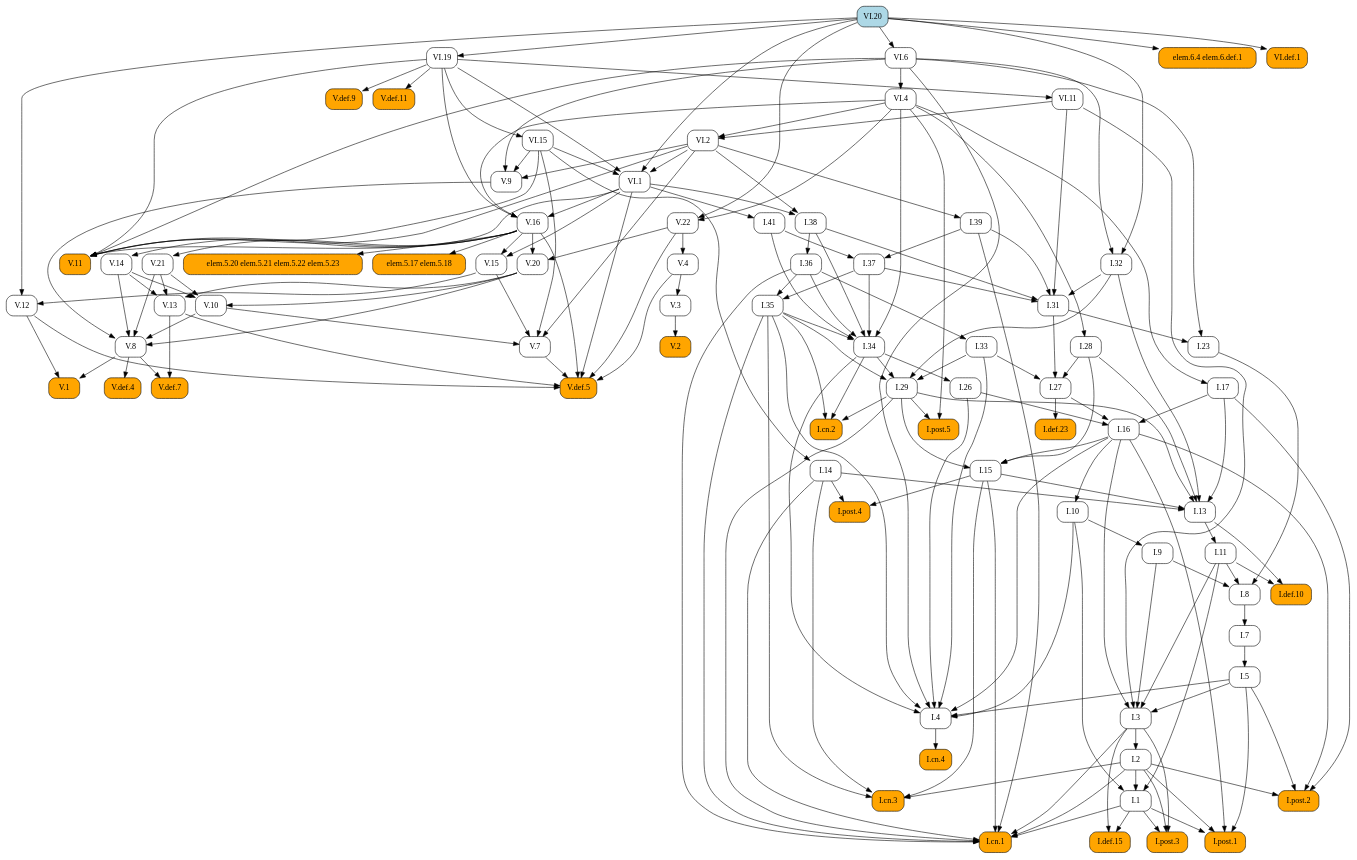
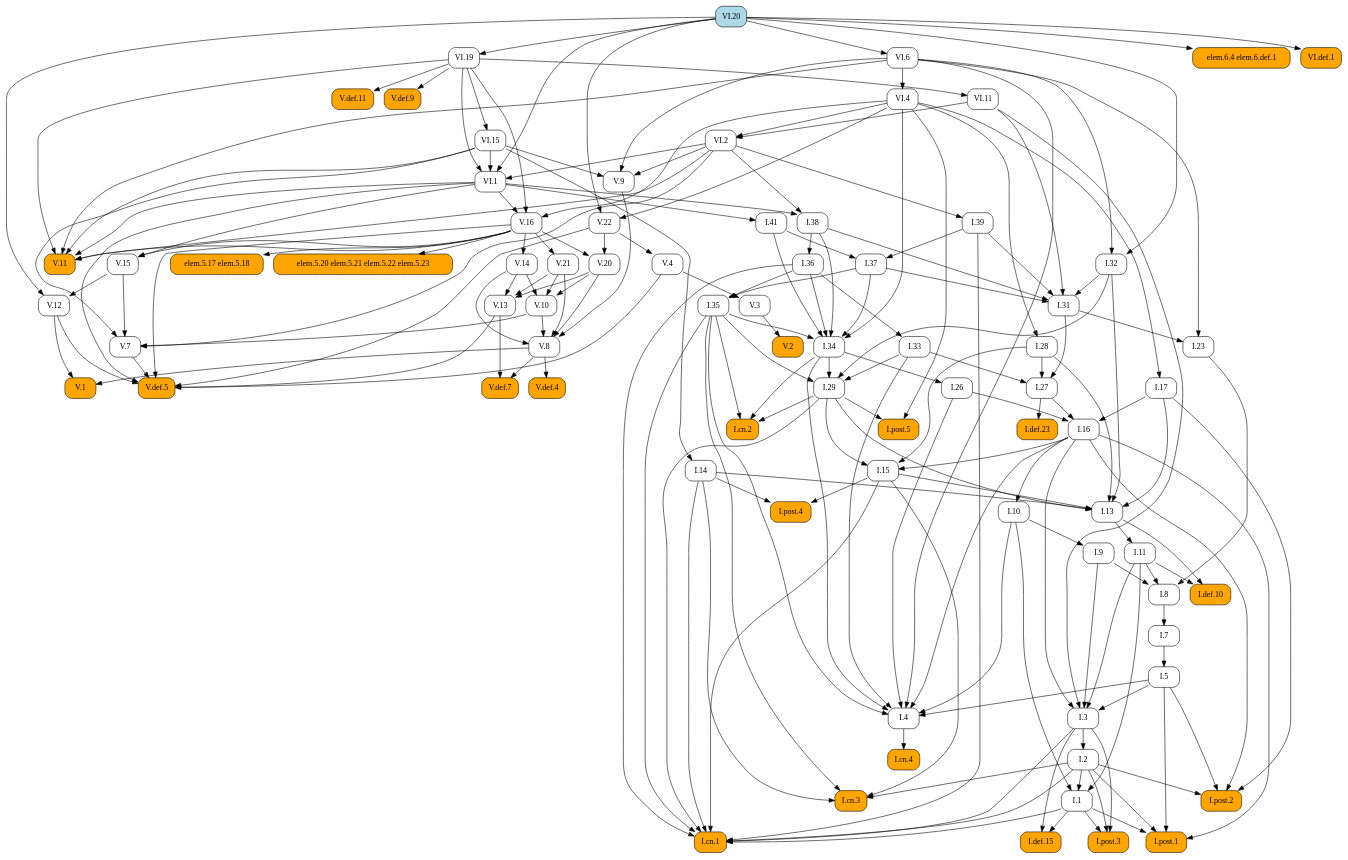
One commit to geometor/elements changed the diagram in docsrc/elements2/VI/20/index.rst. Above: the diagram before and after it, drawn with Graphviz. The commit also changed other lines of this file and 171 other files, not shown here.

```diff
--- a/docsrc/elements2/VI/20/index.rst
+++ b/docsrc/elements2/VI/20/index.rst
@@ -163,173 +163,90 @@
    digraph {
      rankdir="TB";
      node [shape=box, style=rounded];
+     "V.20" [URL="/elements2/V/20/", target="_top"];
+     "I.8" [URL="/elements2/I/8/", target="_top"];
+     "VI.19" [URL="/elements2/VI/19/", target="_top"];
+     "VI.15" [URL="/elements2/VI/15/", target="_top"];
+     "I.36" [URL="/elements2/I/36/", target="_top"];
+     "V.def.5" [style="rounded,filled", fillcolor=orange, URL="/elements2/V/def.5/", target="_top"];
+     "I.38" [URL="/elements2/I/38/", target="_top"];
+     "I.post.5" [style="rounded,filled", fillcolor=orange, URL="/elements2/I/post.5/", target="_top"];
+     "I.def.10" [style="rounded,filled", fillcolor=orange, URL="/elements2/I/def.10/", target="_top"];
+     "I.cn.2" [style="rounded,filled", fillcolor=orange, URL="/elements2/I/cn.2/", target="_top"];
+     "VI.11" [URL="/elements2/VI/11/", target="_top"];
+     "V.4" [URL="/elements2/V/4/", target="_top"];
+     "elem.6.4 elem.6.def.1" [style="rounded,filled", fillcolor=orange];
+     "VI.20" [style="rounded,filled", fillcolor=lightblue, URL="/elements2/VI/20/", target="_top"];
+     "I.31" [URL="/elements2/I/31/", target="_top"];
+     "I.post.2" [style="rounded,filled", fillcolor=orange, URL="/elements2/I/post.2/", target="_top"];
+     "I.def.23" [style="rounded,filled", fillcolor=orange, URL="/elements2/I/def.23/", target="_top"];
+     "I.26" [URL="/elements2/I/26/", target="_top"];
+     "V.3" [URL="/elements2/V/3/", target="_top"];
+     "I.cn.3" [style="rounded,filled", fillcolor=orange, URL="/elements2/I/cn.3/", target="_top"];
+     "V.2" [style="rounded,filled", fillcolor=orange, URL="/elements2/V/2/", target="_top"];
+     "V.12" [URL="/elements2/V/12/", target="_top"];
+     "V.22" [URL="/elements2/V/22/", target="_top"];
+     "I.41" [URL="/elements2/I/41/", target="_top"];
+     "I.35" [URL="/elements2/I/35/", target="_top"];
+     "I.28" [URL="/elements2/I/28/", target="_top"];
+     "I.27" [URL="/elements2/I/27/", target="_top"];
+     "I.4" [URL="/elements2/I/4/", target="_top"];
+     "V.8" [URL="/elements2/V/8/", target="_top"];
+     "VI.2" [URL="/elements2/VI/2/", target="_top"];
+     "I.39" [URL="/elements2/I/39/", target="_top"];
+     "I.15" [URL="/elements2/I/15/", target="_top"];
+     "V.def.11" [style="rounded,filled", fillcolor=orange, URL="/elements2/V/def.11/", target="_top"];
+     "I.34" [URL="/elements2/I/34/", target="_top"];
+     "I.post.3" [style="rounded,filled", fillcolor=orange, URL="/elements2/I/post.3/", target="_top"];
+     "I.32" [URL="/elements2/I/32/", target="_top"];
+     "V.def.4" [style="rounded,filled", fillcolor=orange, URL="/elements2/V/def.4/", target="_top"];
+     "I.14" [URL="/elements2/I/14/", target="_top"];
+     "I.post.1" [style="rounded,filled", fillcolor=orange, URL="/elements2/I/post.1/", target="_top"];
+     "I.33" [URL="/elements2/I/33/", target="_top"];
+     "I.5" [URL="/elements2/I/5/", target="_top"];
      "elem.5.17 elem.5.18" [style="rounded,filled", fillcolor=orange];
+     "VI.1" [URL="/elements2/VI/1/", target="_top"];
+     "V.11" [style="rounded,filled", fillcolor=orange, URL="/elements2/V/11/", target="_top"];
+     "V.13" [URL="/elements2/V/13/", target="_top"];
+     "V.9" [URL="/elements2/V/9/", target="_top"];
+     "V.16" [URL="/elements2/V/16/", target="_top"];
+     "I.def.15" [style="rounded,filled", fillcolor=orange, URL="/elements2/I/def.15/", target="_top"];
+     "V.15" [URL="/elements2/V/15/", target="_top"];
+     "I.11" [URL="/elements2/I/11/", target="_top"];
+     "I.3" [URL="/elements2/I/3/", target="_top"];
+     "V.14" [URL="/elements2/V/14/", target="_top"];
+     "VI.4" [URL="/elements2/VI/4/", target="_top"];
+     "V.10" [URL="/elements2/V/10/", target="_top"];
+     "I.1" [URL="/elements2/I/1/", target="_top"];
+     "I.cn.4" [style="rounded,filled", fillcolor=orange, URL="/elements2/I/cn.4/", target="_top"];
+     "I.23" [URL="/elements2/I/23/", target="_top"];
+     "I.7" [URL="/elements2/I/7/", target="_top"];
+     "I.17" [URL="/elements2/I/17/", target="_top"];
+     "I.9" [URL="/elements2/I/9/", target="_top"];
+     "V.def.9" [style="rounded,filled", fillcolor=orange, URL="/elements2/V/def.9/", target="_top"];
+     "V.1" [style="rounded,filled", fillcolor=orange, URL="/elements2/V/1/", target="_top"];
+     "I.cn.1" [style="rounded,filled", fillcolor=orange, URL="/elements2/I/cn.1/", target="_top"];
+     "I.29" [URL="/elements2/I/29/", target="_top"];
+     "I.16" [URL="/elements2/I/16/", target="_top"];
      "V.7" [URL="/elements2/V/7/", target="_top"];
-     "I.32" [URL="/elements2/I/32/", target="_top"];
-     "elem.6.4 elem.6.def.1" [style="rounded,filled", fillcolor=orange];
-     "VI.4" [URL="/elements2/VI/4/", target="_top"];
-     "I.cn.4" [style="rounded,filled", fillcolor=orange, URL="/elements2/I/cn.4/", target="_top"];
-     "I.post.3" [style="rounded,filled", fillcolor=orange, URL="/elements2/I/post.3/", target="_top"];
-     "V.22" [URL="/elements2/V/22/", target="_top"];
+     "I.13" [URL="/elements2/I/13/", target="_top"];
+     "V.21" [URL="/elements2/V/21/", target="_top"];
+     "elem.5.20 elem.5.21 elem.5.22 elem.5.23" [style="rounded,filled", fillcolor=orange];
+     "I.post.4" [style="rounded,filled", fillcolor=orange, URL="/elements2/I/post.4/", target="_top"];
+     "VI.def.1" [style="rounded,filled", fillcolor=orange, URL="/elements2/VI/def.1/", target="_top"];
+     "I.2" [URL="/elements2/I/2/", target="_top"];
+     "I.37" [URL="/elements2/I/37/", target="_top"];
+     "I.10" [URL="/elements2/I/10/", target="_top"];
      "V.def.7" [style="rounded,filled", fillcolor=orange, URL="/elements2/V/def.7/", target="_top"];
-     "I.41" [URL="/elements2/I/41/", target="_top"];
-     "VI.11" [URL="/elements2/VI/11/", target="_top"];
-     "I.27" [URL="/elements2/I/27/", target="_top"];
-     "VI.15" [URL="/elements2/VI/15/", target="_top"];
-     "I.post.2" [style="rounded,filled", fillcolor=orange, URL="/elements2/I/post.2/", target="_top"];
-     "I.13" [URL="/elements2/I/13/", target="_top"];
-     "I.10" [URL="/elements2/I/10/", target="_top"];
-     "I.post.1" [style="rounded,filled", fillcolor=orange, URL="/elements2/I/post.1/", target="_top"];
-     "I.7" [URL="/elements2/I/7/", target="_top"];
-     "VI.def.1" [style="rounded,filled", fillcolor=orange, URL="/elements2/VI/def.1/", target="_top"];
-     "V.13" [URL="/elements2/V/13/", target="_top"];
-     "V.1" [style="rounded,filled", fillcolor=orange, URL="/elements2/V/1/", target="_top"];
-     "V.16" [URL="/elements2/V/16/", target="_top"];
-     "elem.5.20 elem.5.21 elem.5.22 elem.5.23" [style="rounded,filled", fillcolor=orange];
-     "I.9" [URL="/elements2/I/9/", target="_top"];
-     "I.38" [URL="/elements2/I/38/", target="_top"];
-     "I.8" [URL="/elements2/I/8/", target="_top"];
-     "I.23" [URL="/elements2/I/23/", target="_top"];
-     "I.15" [URL="/elements2/I/15/", target="_top"];
-     "I.26" [URL="/elements2/I/26/", target="_top"];
-     "V.4" [URL="/elements2/V/4/", target="_top"];
-     "VI.1" [URL="/elements2/VI/1/", target="_top"];
-     "VI.19" [URL="/elements2/VI/19/", target="_top"];
-     "I.1" [URL="/elements2/I/1/", target="_top"];
-     "I.3" [URL="/elements2/I/3/", target="_top"];
-     "I.cn.3" [style="rounded,filled", fillcolor=orange, URL="/elements2/I/cn.3/", target="_top"];
-     "VI.20" [style="rounded,filled", fillcolor=lightblue, URL="/elements2/VI/20/", target="_top"];
-     "I.17" [URL="/elements2/I/17/", target="_top"];
      "VI.6" [URL="/elements2/VI/6/", target="_top"];
-     "I.37" [URL="/elements2/I/37/", target="_top"];
-     "I.def.10" [style="rounded,filled", fillcolor=orange, URL="/elements2/I/def.10/", target="_top"];
-     "I.34" [URL="/elements2/I/34/", target="_top"];
-     "V.def.5" [style="rounded,filled", fillcolor=orange, URL="/elements2/V/def.5/", target="_top"];
-     "I.def.15" [style="rounded,filled", fillcolor=orange, URL="/elements2/I/def.15/", target="_top"];
-     "I.28" [URL="/elements2/I/28/", target="_top"];
-     "I.36" [URL="/elements2/I/36/", target="_top"];
-     "V.10" [URL="/elements2/V/10/", target="_top"];
-     "V.15" [URL="/elements2/V/15/", target="_top"];
-     "V.14" [URL="/elements2/V/14/", target="_top"];
-     "I.14" [URL="/elements2/I/14/", target="_top"];
-     "I.11" [URL="/elements2/I/11/", target="_top"];
-     "I.4" [URL="/elements2/I/4/", target="_top"];
-     "I.16" [URL="/elements2/I/16/", target="_top"];
-     "V.21" [URL="/elements2/V/21/", target="_top"];
-     "I.def.23" [style="rounded,filled", fillcolor=orange, URL="/elements2/I/def.23/", target="_top"];
-     "I.2" [URL="/elements2/I/2/", target="_top"];
-     "I.cn.2" [style="rounded,filled", fillcolor=orange, URL="/elements2/I/cn.2/", target="_top"];
-     "I.post.5" [style="rounded,filled", fillcolor=orange, URL="/elements2/I/post.5/", target="_top"];
-     "V.3" [URL="/elements2/V/3/", target="_top"];
-     "VI.2" [URL="/elements2/VI/2/", target="_top"];
-     "V.def.4" [style="rounded,filled", fillcolor=orange, URL="/elements2/V/def.4/", target="_top"];
-     "I.35" [URL="/elements2/I/35/", target="_top"];
-     "V.def.9" [style="rounded,filled", fillcolor=orange, URL="/elements2/V/def.9/", target="_top"];
-     "V.def.11" [style="rounded,filled", fillcolor=orange, URL="/elements2/V/def.11/", target="_top"];
-     "V.11" [style="rounded,filled", fillcolor=orange, URL="/elements2/V/11/", target="_top"];
-     "V.12" [URL="/elements2/V/12/", target="_top"];
-     "V.2" [style="rounded,filled", fillcolor=orange, URL="/elements2/V/2/", target="_top"];
-     "I.31" [URL="/elements2/I/31/", target="_top"];
-     "I.33" [URL="/elements2/I/33/", target="_top"];
-     "I.post.4" [style="rounded,filled", fillcolor=orange, URL="/elements2/I/post.4/", target="_top"];
-     "I.39" [URL="/elements2/I/39/", target="_top"];
-     "I.cn.1" [style="rounded,filled", fillcolor=orange, URL="/elements2/I/cn.1/", target="_top"];
-     "V.9" [URL="/elements2/V/9/", target="_top"];
-     "I.29" [URL="/elements2/I/29/", target="_top"];
-     "I.5" [URL="/elements2/I/5/", target="_top"];
-     "V.8" [URL="/elements2/V/8/", target="_top"];
-     "V.20" [URL="/elements2/V/20/", target="_top"];
-     "V.16" -> "elem.5.17 elem.5.18";
-     "V.10" -> "V.7";
-     "V.15" -> "V.7";
-     "VI.2" -> "V.7";
-     "VI.15" -> "V.7";
-     "VI.6" -> "I.32";
-     "VI.20" -> "I.32";
-     "VI.20" -> "elem.6.4 elem.6.def.1";
-     "VI.6" -> "VI.4";
-     "I.4" -> "I.cn.4";
-     "I.1" -> "I.post.3";
-     "I.2" -> "I.post.3";
-     "I.3" -> "I.post.3";
-     "VI.4" -> "V.22";
-     "VI.20" -> "V.22";
-     "V.8" -> "V.def.7";
-     "V.13" -> "V.def.7";
-     "VI.1" -> "I.41";
-     "VI.19" -> "VI.11";
-     "I.28" -> "I.27";
-     "I.31" -> "I.27";
-     "I.33" -> "I.27";
-     "VI.19" -> "VI.15";
-     "I.2" -> "I.post.2";
-     "I.5" -> "I.post.2";
-     "I.16" -> "I.post.2";
-     "I.17" -> "I.post.2";
-     "I.14" -> "I.13";
-     "I.15" -> "I.13";
-     "I.17" -> "I.13";
-     "I.28" -> "I.13";
-     "I.29" -> "I.13";
-     "I.32" -> "I.13";
-     "I.16" -> "I.10";
-     "I.1" -> "I.post.1";
-     "I.2" -> "I.post.1";
-     "I.5" -> "I.post.1";
-     "I.16" -> "I.post.1";
-     "I.8" -> "I.7";
-     "VI.20" -> "VI.def.1";
-     "V.14" -> "V.13";
-     "V.20" -> "V.13";
-     "V.21" -> "V.13";
-     "V.8" -> "V.1";
-     "V.12" -> "V.1";
-     "VI.1" -> "V.16";
-     "VI.4" -> "V.16";
-     "VI.19" -> "V.16";
-     "V.16" -> "elem.5.20 elem.5.21 elem.5.22 elem.5.23";
-     "I.10" -> "I.9";
-     "VI.1" -> "I.38";
-     "VI.2" -> "I.38";
+     "V.16" -> "V.20";
+     "V.22" -> "V.20";
      "I.9" -> "I.8";
      "I.11" -> "I.8";
      "I.23" -> "I.8";
-     "I.31" -> "I.23";
-     "VI.6" -> "I.23";
-     "I.16" -> "I.15";
-     "I.28" -> "I.15";
-     "I.29" -> "I.15";
-     "I.34" -> "I.26";
-     "V.22" -> "V.4";
-     "VI.2" -> "VI.1";
-     "VI.15" -> "VI.1";
-     "VI.19" -> "VI.1";
-     "VI.20" -> "VI.1";
      "VI.20" -> "VI.19";
-     "I.2" -> "I.1";
-     "I.10" -> "I.1";
-     "I.11" -> "I.1";
-     "I.5" -> "I.3";
-     "I.9" -> "I.3";
-     "I.11" -> "I.3";
-     "I.16" -> "I.3";
-     "VI.11" -> "I.3";
-     "I.2" -> "I.cn.3";
-     "I.14" -> "I.cn.3";
-     "I.15" -> "I.cn.3";
-     "I.35" -> "I.cn.3";
-     "VI.4" -> "I.17";
-     "VI.20" -> "VI.6";
-     "I.39" -> "I.37";
-     "I.41" -> "I.37";
-     "I.11" -> "I.def.10";
-     "I.13" -> "I.def.10";
-     "I.35" -> "I.34";
-     "I.36" -> "I.34";
-     "I.37" -> "I.34";
-     "I.38" -> "I.34";
-     "I.41" -> "I.34";
-     "VI.4" -> "I.34";
+     "VI.19" -> "VI.15";
+     "I.38" -> "I.36";
      "V.4" -> "V.def.5";
      "V.7" -> "V.def.5";
      "V.12" -> "V.def.5";
@@ -337,18 +254,46 @@
      "V.16" -> "V.def.5";
      "V.22" -> "V.def.5";
      "VI.1" -> "V.def.5";
-     "I.1" -> "I.def.15";
-     "I.3" -> "I.def.15";
+     "VI.1" -> "I.38";
+     "VI.2" -> "I.38";
+     "I.29" -> "I.post.5";
+     "VI.4" -> "I.post.5";
+     "I.11" -> "I.def.10";
+     "I.13" -> "I.def.10";
+     "I.29" -> "I.cn.2";
+     "I.34" -> "I.cn.2";
+     "I.35" -> "I.cn.2";
+     "VI.19" -> "VI.11";
+     "V.22" -> "V.4";
+     "VI.20" -> "elem.6.4 elem.6.def.1";
+     "I.32" -> "I.31";
+     "I.37" -> "I.31";
+     "I.38" -> "I.31";
+     "I.39" -> "I.31";
+     "VI.11" -> "I.31";
+     "I.2" -> "I.post.2";
+     "I.5" -> "I.post.2";
+     "I.16" -> "I.post.2";
+     "I.17" -> "I.post.2";
+     "I.27" -> "I.def.23";
+     "I.34" -> "I.26";
+     "V.4" -> "V.3";
+     "I.2" -> "I.cn.3";
+     "I.14" -> "I.cn.3";
+     "I.15" -> "I.cn.3";
+     "I.35" -> "I.cn.3";
+     "V.3" -> "V.2";
+     "V.15" -> "V.12";
+     "VI.20" -> "V.12";
+     "VI.4" -> "V.22";
+     "VI.20" -> "V.22";
+     "VI.1" -> "I.41";
+     "I.36" -> "I.35";
+     "I.37" -> "I.35";
      "VI.4" -> "I.28";
-     "I.38" -> "I.36";
-     "V.14" -> "V.10";
-     "V.20" -> "V.10";
-     "V.21" -> "V.10";
-     "V.16" -> "V.15";
-     "VI.1" -> "V.15";
-     "V.16" -> "V.14";
-     "VI.15" -> "I.14";
-     "I.13" -> "I.11";
+     "I.28" -> "I.27";
+     "I.31" -> "I.27";
+     "I.33" -> "I.27";
      "I.5" -> "I.4";
      "I.10" -> "I.4";
      "I.16" -> "I.4";
@@ -357,43 +302,84 @@
      "I.34" -> "I.4";
      "I.35" -> "I.4";
      "VI.6" -> "I.4";
-     "I.17" -> "I.16";
-     "I.26" -> "I.16";
-     "I.27" -> "I.16";
-     "V.16" -> "V.21";
-     "I.27" -> "I.def.23";
-     "I.3" -> "I.2";
-     "I.29" -> "I.cn.2";
-     "I.34" -> "I.cn.2";
-     "I.35" -> "I.cn.2";
-     "I.29" -> "I.post.5";
-     "VI.4" -> "I.post.5";
-     "V.4" -> "V.3";
+     "V.9" -> "V.8";
+     "V.10" -> "V.8";
+     "V.14" -> "V.8";
+     "V.20" -> "V.8";
+     "V.21" -> "V.8";
      "VI.4" -> "VI.2";
      "VI.11" -> "VI.2";
+     "VI.2" -> "I.39";
+     "I.16" -> "I.15";
+     "I.28" -> "I.15";
+     "I.29" -> "I.15";
+     "VI.19" -> "V.def.11";
+     "I.35" -> "I.34";
+     "I.36" -> "I.34";
+     "I.37" -> "I.34";
+     "I.38" -> "I.34";
+     "I.41" -> "I.34";
+     "VI.4" -> "I.34";
+     "I.1" -> "I.post.3";
+     "I.2" -> "I.post.3";
+     "I.3" -> "I.post.3";
+     "VI.6" -> "I.32";
+     "VI.20" -> "I.32";
      "V.8" -> "V.def.4";
-     "I.36" -> "I.35";
-     "I.37" -> "I.35";
-     "VI.19" -> "V.def.9";
-     "VI.19" -> "V.def.11";
+     "VI.15" -> "I.14";
+     "I.1" -> "I.post.1";
+     "I.2" -> "I.post.1";
+     "I.5" -> "I.post.1";
+     "I.16" -> "I.post.1";
+     "I.36" -> "I.33";
+     "I.7" -> "I.5";
+     "V.16" -> "elem.5.17 elem.5.18";
+     "VI.2" -> "VI.1";
+     "VI.15" -> "VI.1";
+     "VI.19" -> "VI.1";
+     "VI.20" -> "VI.1";
      "V.16" -> "V.11";
      "VI.1" -> "V.11";
      "VI.2" -> "V.11";
      "VI.6" -> "V.11";
      "VI.15" -> "V.11";
      "VI.19" -> "V.11";
-     "V.15" -> "V.12";
-     "VI.20" -> "V.12";
-     "V.3" -> "V.2";
-     "I.32" -> "I.31";
-     "I.37" -> "I.31";
-     "I.38" -> "I.31";
-     "I.39" -> "I.31";
-     "VI.11" -> "I.31";
-     "I.36" -> "I.33";
-     "I.14" -> "I.post.4";
-     "I.15" -> "I.post.4";
-     "VI.2" -> "I.39";
+     "V.14" -> "V.13";
+     "V.20" -> "V.13";
+     "V.21" -> "V.13";
+     "VI.2" -> "V.9";
+     "VI.6" -> "V.9";
+     "VI.15" -> "V.9";
+     "VI.1" -> "V.16";
+     "VI.4" -> "V.16";
+     "VI.19" -> "V.16";
+     "I.1" -> "I.def.15";
+     "I.3" -> "I.def.15";
+     "V.16" -> "V.15";
+     "VI.1" -> "V.15";
+     "I.13" -> "I.11";
+     "I.5" -> "I.3";
+     "I.9" -> "I.3";
+     "I.11" -> "I.3";
+     "I.16" -> "I.3";
+     "VI.11" -> "I.3";
+     "V.16" -> "V.14";
+     "VI.6" -> "VI.4";
+     "V.14" -> "V.10";
+     "V.20" -> "V.10";
+     "V.21" -> "V.10";
+     "I.2" -> "I.1";
+     "I.10" -> "I.1";
+     "I.11" -> "I.1";
+     "I.4" -> "I.cn.4";
+     "I.31" -> "I.23";
+     "VI.6" -> "I.23";
+     "I.8" -> "I.7";
+     "VI.4" -> "I.17";
+     "I.10" -> "I.9";
+     "VI.19" -> "V.def.9";
+     "V.8" -> "V.1";
+     "V.12" -> "V.1";
      "I.1" -> "I.cn.1";
      "I.2" -> "I.cn.1";
      "I.3" -> "I.cn.1";
@@ -403,19 +389,33 @@
      "I.35" -> "I.cn.1";
      "I.36" -> "I.cn.1";
      "I.39" -> "I.cn.1";
-     "VI.2" -> "V.9";
-     "VI.6" -> "V.9";
-     "VI.15" -> "V.9";
      "I.32" -> "I.29";
      "I.33" -> "I.29";
      "I.34" -> "I.29";
      "I.35" -> "I.29";
-     "I.7" -> "I.5";
-     "V.9" -> "V.8";
-     "V.10" -> "V.8";
-     "V.14" -> "V.8";
-     "V.20" -> "V.8";
-     "V.21" -> "V.8";
-     "V.16" -> "V.20";
-     "V.22" -> "V.20";
+     "I.17" -> "I.16";
+     "I.26" -> "I.16";
+     "I.27" -> "I.16";
+     "V.10" -> "V.7";
+     "V.15" -> "V.7";
+     "VI.2" -> "V.7";
+     "VI.15" -> "V.7";
+     "I.14" -> "I.13";
+     "I.15" -> "I.13";
+     "I.17" -> "I.13";
+     "I.28" -> "I.13";
+     "I.29" -> "I.13";
+     "I.32" -> "I.13";
+     "V.16" -> "V.21";
+     "V.16" -> "elem.5.20 elem.5.21 elem.5.22 elem.5.23";
+     "I.14" -> "I.post.4";
+     "I.15" -> "I.post.4";
+     "VI.20" -> "VI.def.1";
+     "I.3" -> "I.2";
+     "I.39" -> "I.37";
+     "I.41" -> "I.37";
+     "I.16" -> "I.10";
+     "V.8" -> "V.def.7";
+     "V.13" -> "V.def.7";
+     "VI.20" -> "VI.6";
    }
```
